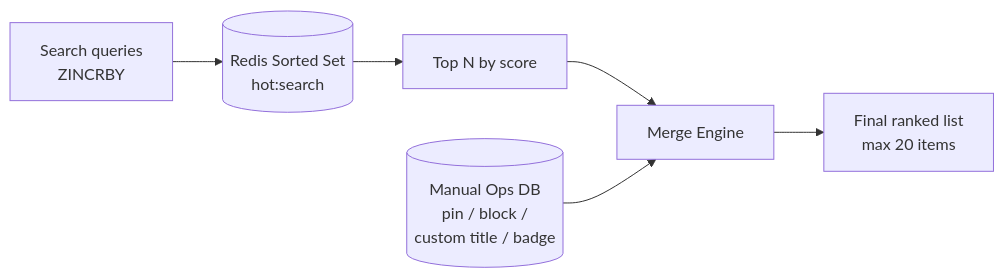
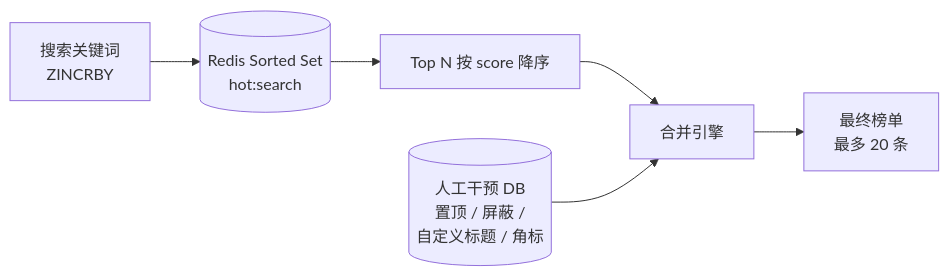
Before and after one commit to earthcake2233/cakecake: the fourth of 4 diagrams in docs/ARCHITECTURE.md, drawn with Mermaid. The commit also changed other lines of this file and 2 other files, not shown here.

Commit message:
docs: swap ARCHITECTURE files so .md defaults to Chinese matching README convention

````diff
--- a/docs/ARCHITECTURE.md
+++ b/docs/ARCHITECTURE.md
@@ -185,8 +185,8 @@
 ```mermaid
 flowchart LR
-    Q[Search queries<br/>ZINCRBY] --> RS[("Redis Sorted Set<br/>hot:search")]
-    RS --> T[Top N by score]
-    T --> M[Merge Engine]
-    DB[(Manual Ops DB<br/>pin / block /<br/>custom title / badge)] --> M
-    M --> L[Final ranked list<br/>max 20 items]
+    Q[搜索关键词<br/>ZINCRBY] --> RS[("Redis Sorted Set<br/>hot:search")]
+    RS --> T[Top N 按 score 降序]
+    T --> M[合并引擎]
+    DB[(人工干预 DB<br/>置顶 / 屏蔽 /<br/>自定义标题 / 角标)] --> M
+    M --> L[最终榜单<br/>最多 20 条]
 ```
````
